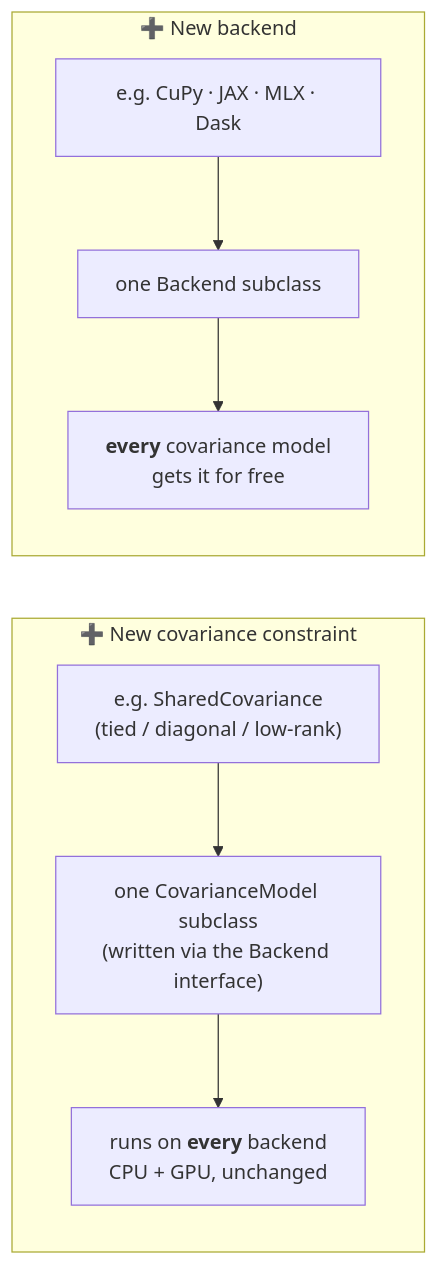
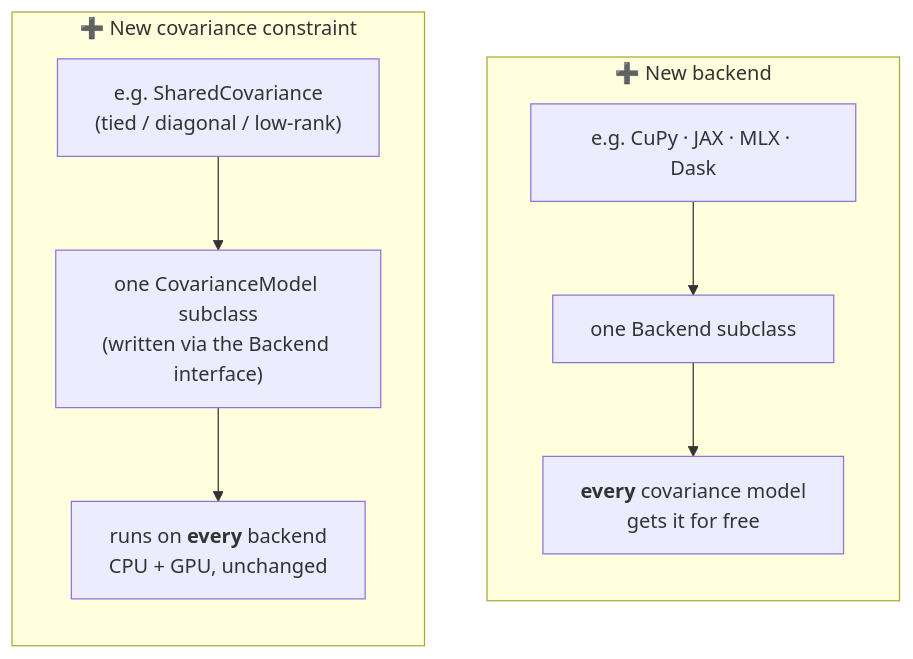
One commit to tomoya-san/ssl-gmmvc changed the second of 2 diagrams in README.md. Above: the diagram before and after it, drawn with Mermaid. The commit also changed other lines of this file, not shown here.

````diff
--- a/README.md
+++ b/README.md
@@ -98,17 +100,18 @@
 ```mermaid
 flowchart LR
     subgraph A["➕ New covariance constraint"]
         direction TB
         a1["e.g. SharedCovariance<br/>(tied / diagonal / low-rank)"]
         a2["one CovarianceModel subclass<br/>(written via the Backend interface)"]
         a3["runs on <b>every</b> backend<br/>CPU + GPU, unchanged"]
         a1 --> a2 --> a3
     end
     subgraph B["➕ New backend"]
         direction TB
         b1["e.g. CuPy · JAX · MLX · Dask"]
         b2["one Backend subclass"]
         b3["<b>every</b> covariance model<br/>gets it for free"]
         b1 --> b2 --> b3
     end
+    A ~~~ B
 ```
````
